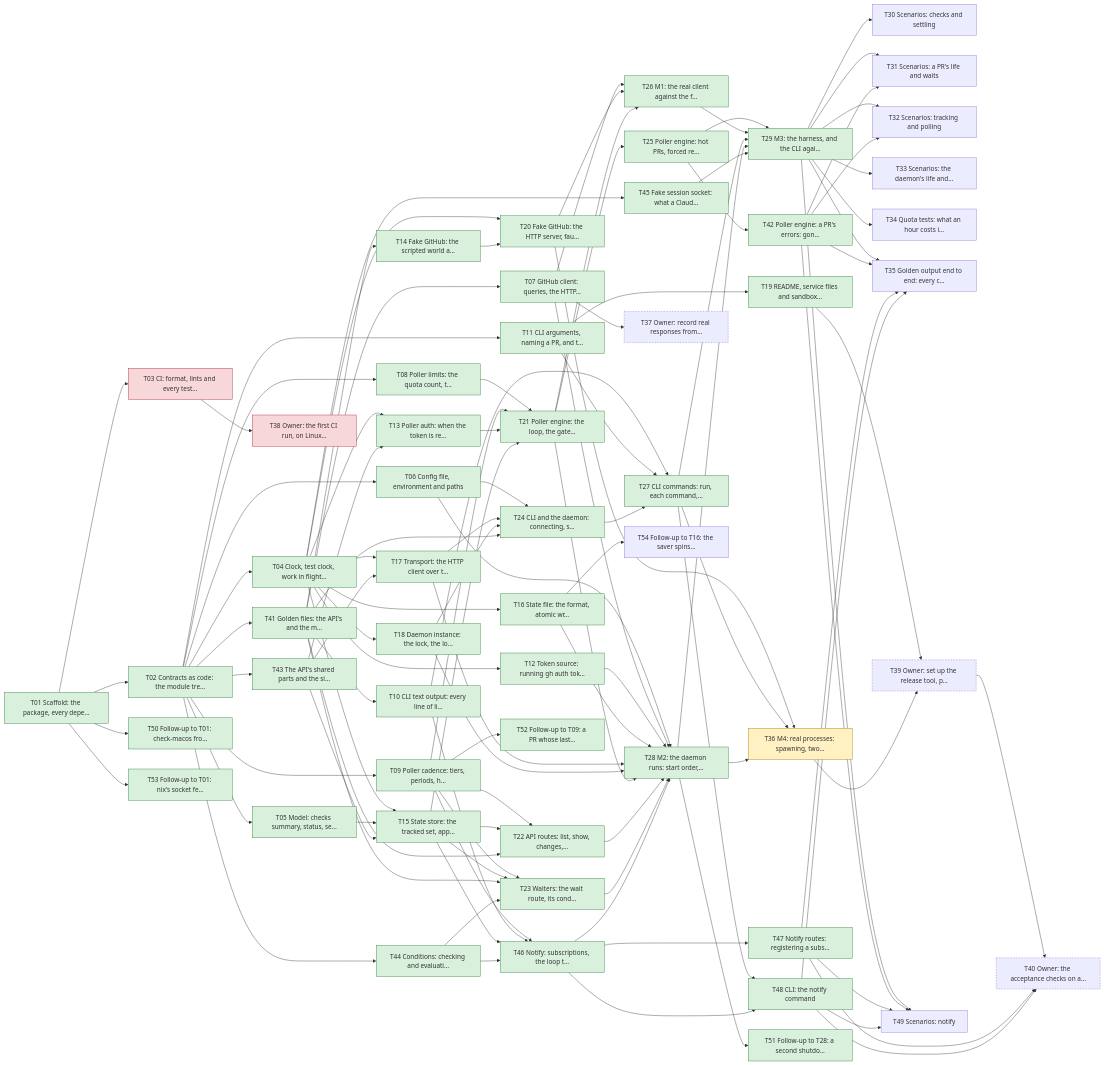
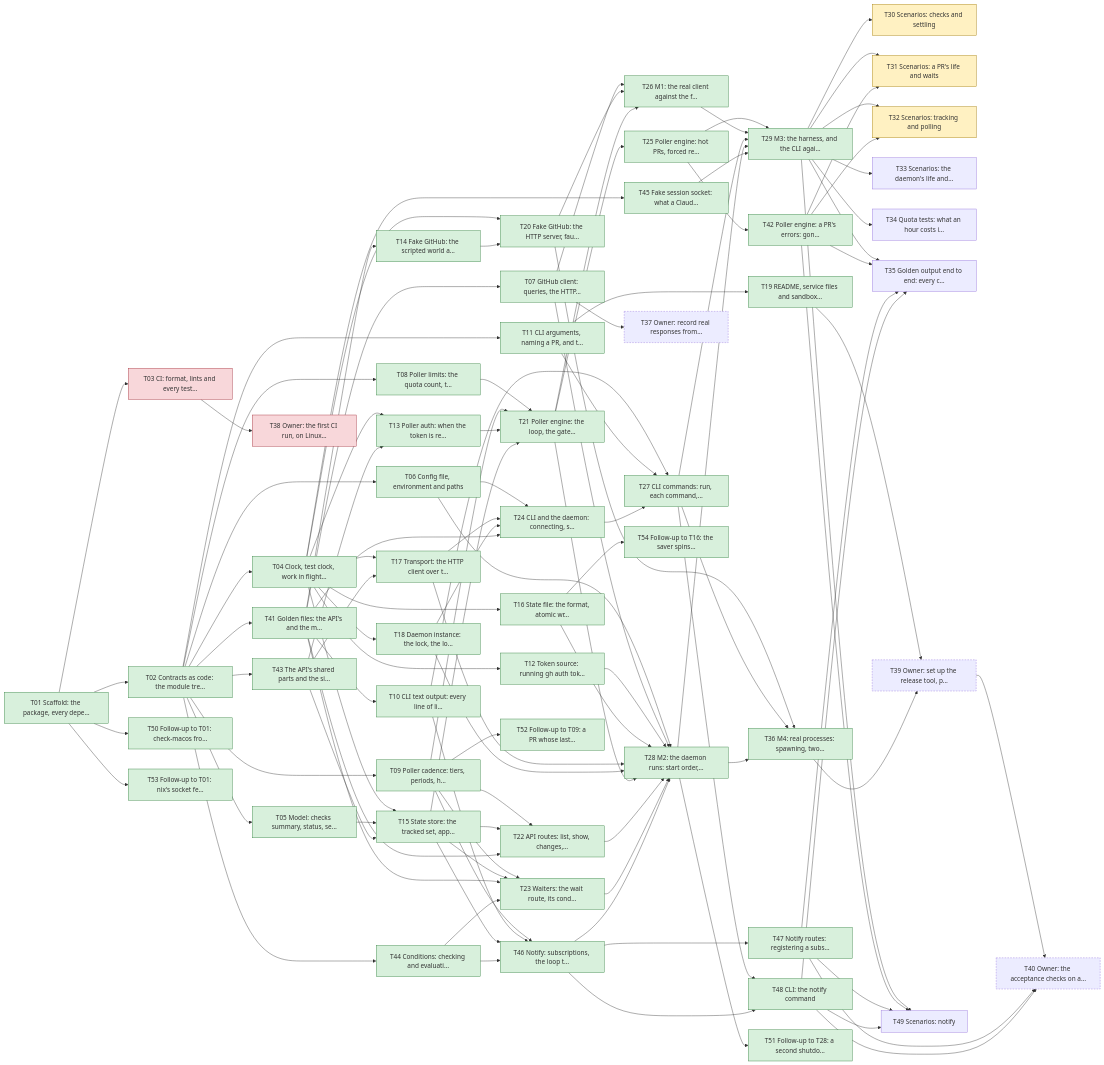
The diagram in plan/README.md (yachiko/circitor), drawn with Mermaid before and after one commit. The commit also changed other lines of this file and 6 other files, not shown here.

```diff
--- a/plan/README.md
+++ b/plan/README.md
@@ -170,13 +170,13 @@
   T27["T27 CLI commands: run, each command,…"]:::done
   T28["T28 M2: the daemon runs: start order,…"]:::done
   T29["T29 M3: the harness, and the CLI agai…"]:::done
-  T30["T30 Scenarios: checks and settling"]
-  T31["T31 Scenarios: a PR's life and waits"]
-  T32["T32 Scenarios: tracking and polling"]
+  T30["T30 Scenarios: checks and settling"]:::active
+  T31["T31 Scenarios: a PR's life and waits"]:::active
+  T32["T32 Scenarios: tracking and polling"]:::active
   T33["T33 Scenarios: the daemon's life and…"]
   T34["T34 Quota tests: what an hour costs i…"]
   T35["T35 Golden output end to end: every c…"]
-  T36["T36 M4: real processes: spawning, two…"]:::active
+  T36["T36 M4: real processes: spawning, two…"]:::done
   T37["T37 Owner: record real responses from…"]:::manual
   T38["T38 Owner: the first CI run, on Linux…"]:::blocked
   T39["T39 Owner: set up the release tool, p…"]:::manual
@@ -194,7 +194,7 @@
   T51["T51 Follow-up to T28: a second shutdo…"]:::done
   T52["T52 Follow-up to T09: a PR whose last…"]:::done
   T53["T53 Follow-up to T01: nix's socket fe…"]:::done
-  T54["T54 Follow-up to T16: the saver spins…"]
+  T54["T54 Follow-up to T16: the saver spins…"]:::done
   T01 --> T02
   T01 --> T03
   T02 --> T04
```
